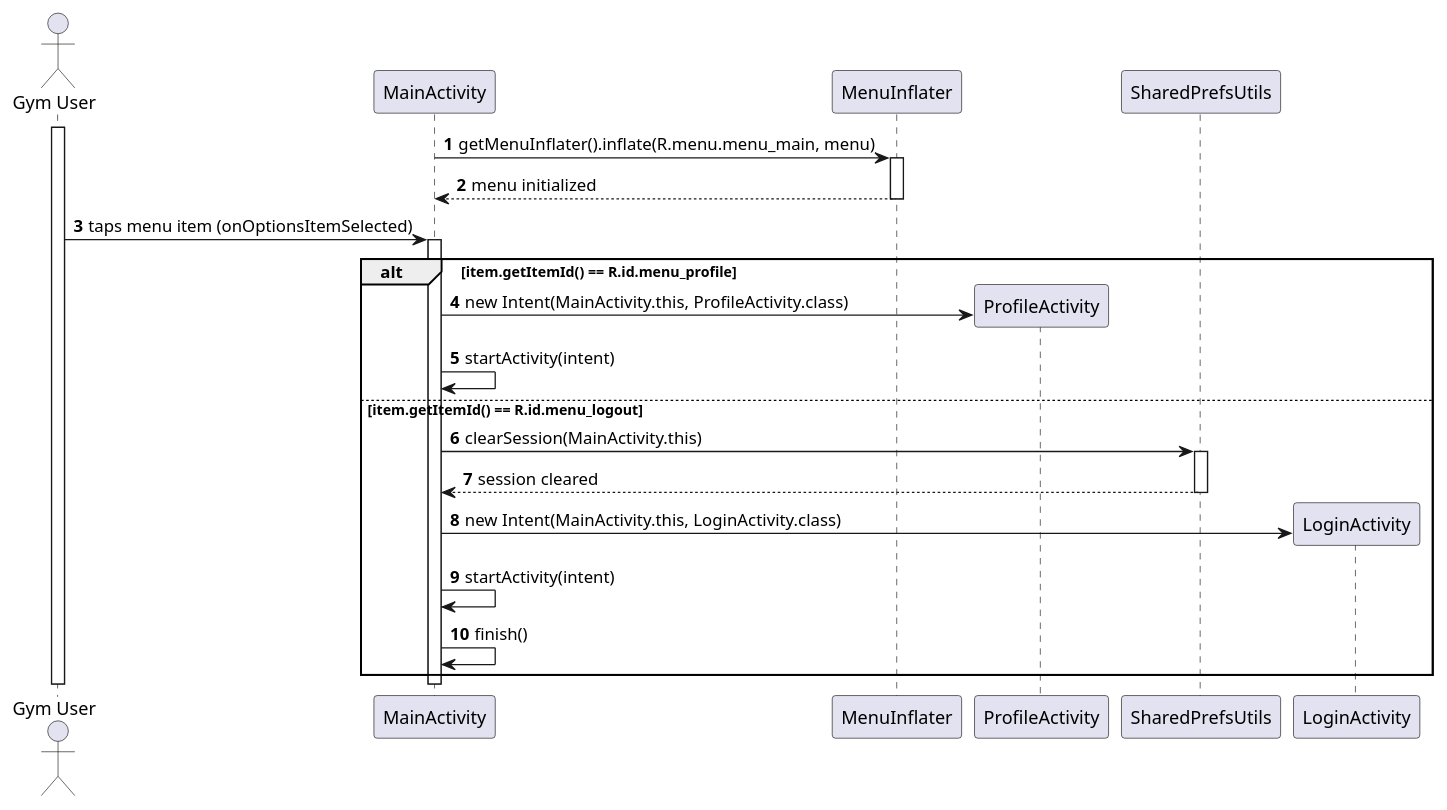
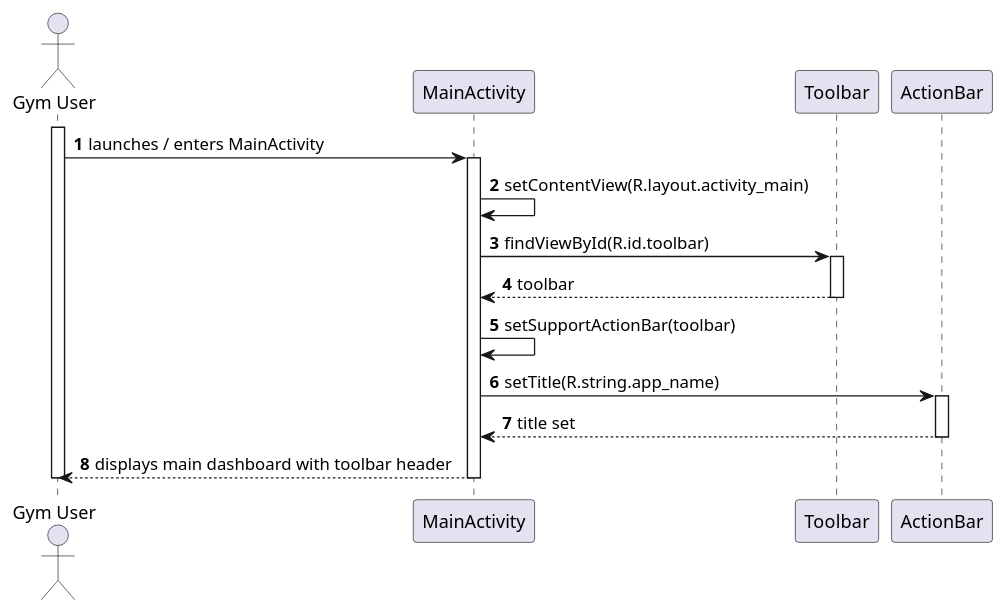
Before and after one commit to Martim690/DSSMV_ProjectDroid_1240690_1240842: the diagram in docs/US06/puml/SD/sd_us06.puml, drawn with PlantUML. The commit also changed 29 other files, not shown here.

Commit message:
update main dashboard layout

```diff
--- a/docs/US06/puml/SD/sd_us06.puml
+++ b/docs/US06/puml/SD/sd_us06.puml
@@ -1,34 +1,27 @@
 @startuml
 autonumber
 actor "Gym User" as User
 participant "MainActivity" as UI
-participant "MenuInflater" as Inflater
-participant "ProfileActivity" as Profile
-participant "SharedPrefsUtils" as Prefs
-participant "LoginActivity" as Login
+participant "Toolbar" as Toolbar
+participant "ActionBar" as ActionBar
 
 activate User
-UI -> Inflater : getMenuInflater().inflate(R.menu.menu_main, menu)
-activate Inflater
-Inflater --> UI : menu initialized
-deactivate Inflater
-
-User -> UI : taps menu item (onOptionsItemSelected)
+User -> UI : launches / enters MainActivity
 activate UI
 
-alt item.getItemId() == R.id.menu_profile
-    UI -> Profile ** : new Intent(MainActivity.this, ProfileActivity.class)
-    UI -> UI : startActivity(intent)
-else item.getItemId() == R.id.menu_logout
-    UI -> Prefs : clearSession(MainActivity.this)
-    activate Prefs
-    Prefs --> UI : session cleared
-    deactivate Prefs
-    UI -> Login ** : new Intent(MainActivity.this, LoginActivity.class)
-    UI -> UI : startActivity(intent)
-    UI -> UI : finish()
-end
+UI -> UI : setContentView(R.layout.activity_main)
+UI -> Toolbar : findViewById(R.id.toolbar)
+activate Toolbar
+Toolbar --> UI : toolbar
+deactivate Toolbar
 
+UI -> UI : setSupportActionBar(toolbar)
+UI -> ActionBar : setTitle(R.string.app_name)
+activate ActionBar
+ActionBar --> UI : title set
+deactivate ActionBar
+
+UI --> User : displays main dashboard with toolbar header
 deactivate UI
 deactivate User
 @enduml
```
